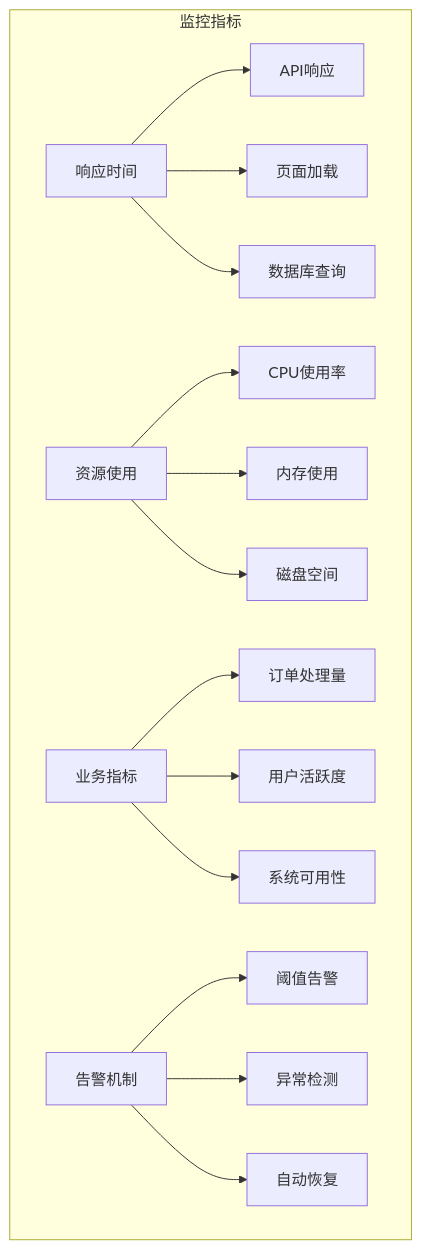
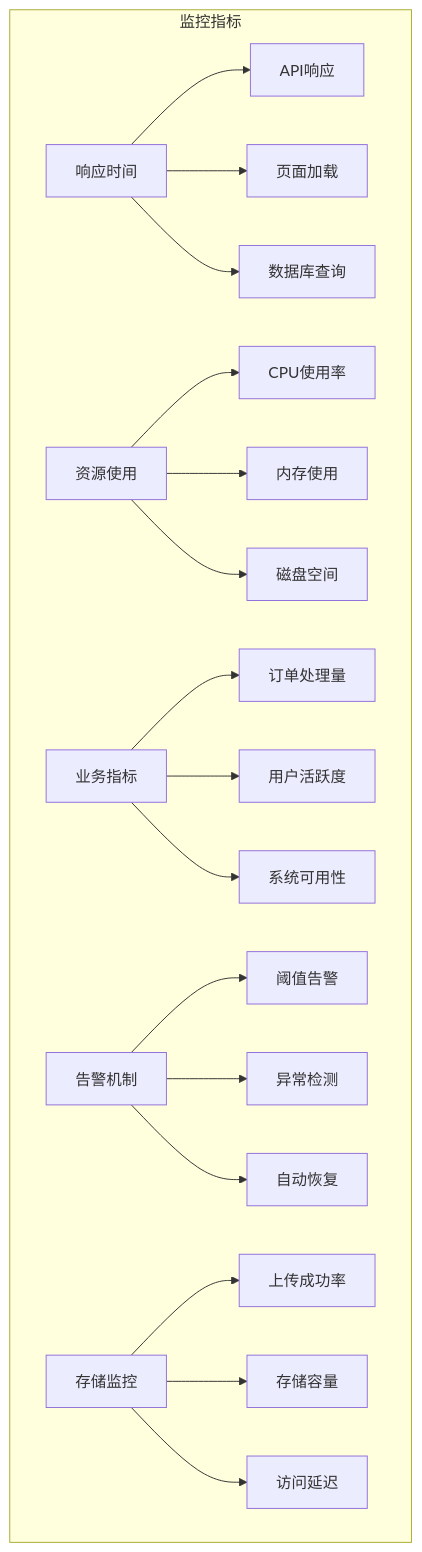
One commit to SY6621/POD-Order-Management changed diagram 20 of 20 in .qoder/repowiki/zh/content/开发指南/管理面板功能增强.md. Above: the diagram before and after it, drawn with Mermaid. The commit also changed other lines of this file and 8 other files, not shown here.

````diff
--- a/.qoder/repowiki/zh/content/开发指南/管理面板功能增强.md
+++ b/.qoder/repowiki/zh/content/开发指南/管理面板功能增强.md
@@ -887,17 +1048,20 @@
 ```mermaid
 graph TB
 subgraph "监控指标"
 A[响应时间] --> A1[API响应]
 A --> A2[页面加载]
 A --> A3[数据库查询]
 B[资源使用] --> B1[CPU使用率]
 B --> B2[内存使用]
 B --> B3[磁盘空间]
 C[业务指标] --> C1[订单处理量]
 C --> C2[用户活跃度]
 C --> C3[系统可用性]
 D[告警机制] --> D1[阈值告警]
 D --> D2[异常检测]
 D --> D3[自动恢复]
+E[存储监控] --> E1[上传成功率]
+E --> E2[存储容量]
+E --> E3[访问延迟]
 end
 ```
````
